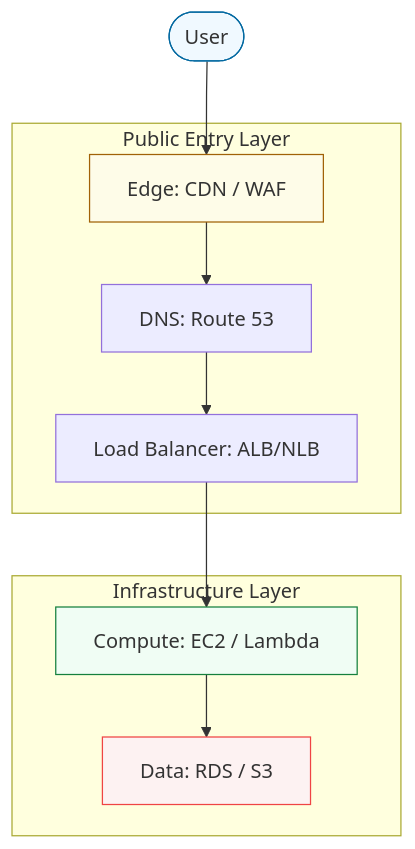
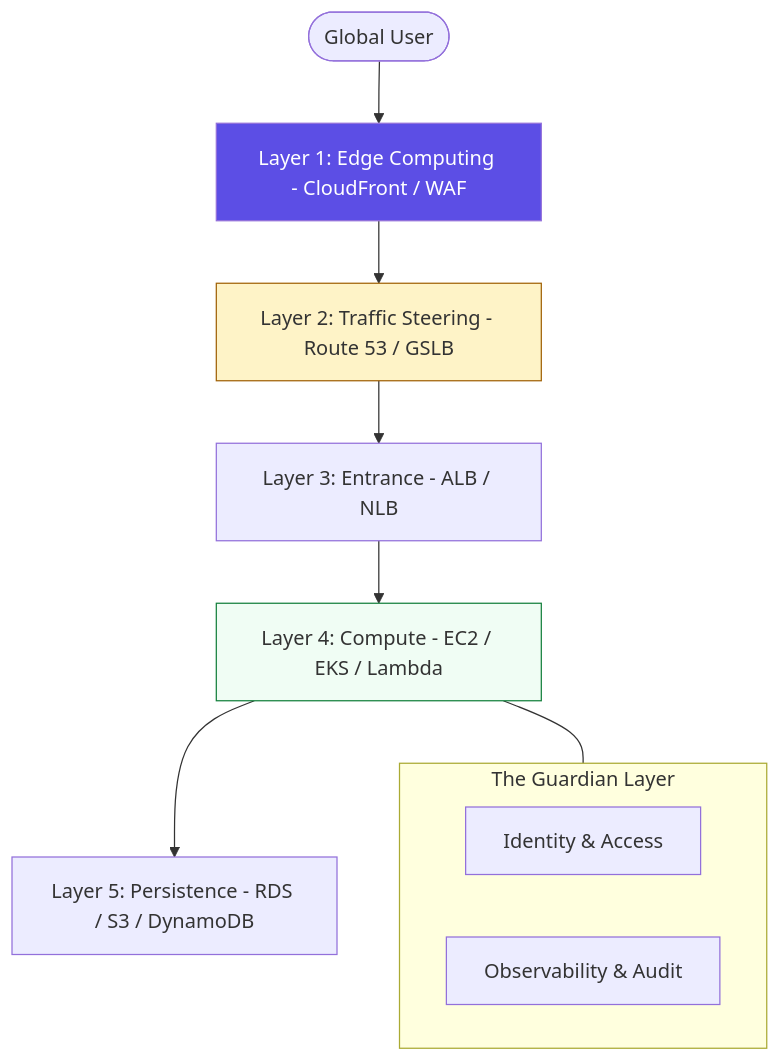
Before and after one commit to Ganil151/Devops: the diagram in 2-Intermediate/02-Phase-2/01-Infrastructure-Automation/03-Cloud-Platforms/01-Introduction/README.md, drawn with Mermaid. The commit also changed other lines of this file and 281 other files, not shown here.

````diff
--- a/2-Intermediate/02-Phase-2/01-Infrastructure-Automation/03-Cloud-Platforms/01-Introduction/README.md
+++ b/2-Intermediate/02-Phase-2/01-Infrastructure-Automation/03-Cloud-Platforms/01-Introduction/README.md
@@ -25,24 +13,19 @@
 ```mermaid
 graph TD
-    User([User]) --> Edge[Edge: CDN / WAF]
-    Edge --> DNS[DNS: Route 53]
-    DNS --> LB[Load Balancer: ALB/NLB]
-    LB --> Comp[Compute: EC2 / Lambda]
-    Comp --> Data[Data: RDS / S3]
+    User([Global User]) --> Edge[Layer 1: Edge Computing - CloudFront / WAF]
+    Edge --> DNS[Layer 2: Traffic Steering - Route 53 / GSLB]
+    DNS --> LB[Layer 3: Entrance - ALB / NLB]
+    LB --> Comp[Layer 4: Compute - EC2 / EKS / Lambda]
+    Comp --> Data[Layer 5: Persistence - RDS / S3 / DynamoDB]
     
-    subgraph "Infrastructure Layer"
-        Comp
-        Data
+    subgraph Governance_Plane[The Guardian Layer]
+        IAM[Identity & Access]
+        Logs[Observability & Audit]
     end
     
-    subgraph "Public Entry Layer"
-        Edge
-        DNS
-        LB
-    end
-
-    style User fill:#f0f9ff,stroke:#0369a1
-    style Edge fill:#fefce8,stroke:#a16207
+    Comp --- Governance_Plane
+    
+    style Edge fill:#5c4ee5,color:#fff
+    style DNS fill:#fef3c7,stroke:#a16207
     style Comp fill:#f0fdf4,stroke:#15803d
-    style Data fill:#fdf2f2,stroke:#ef4444
 ```
````
